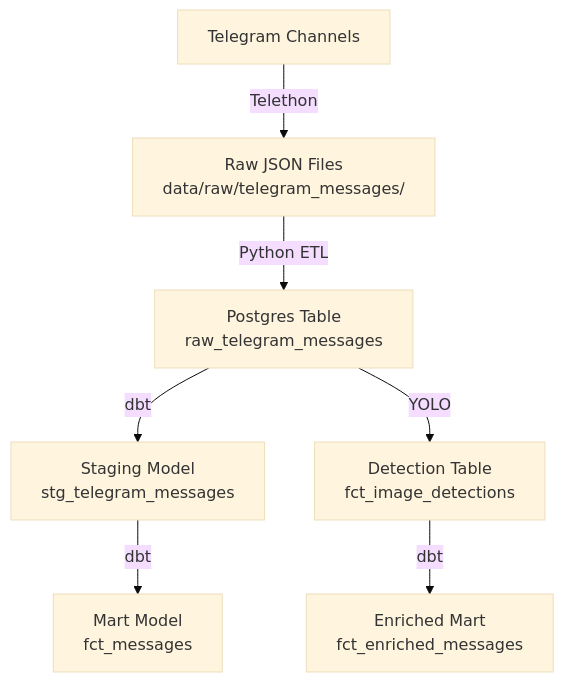
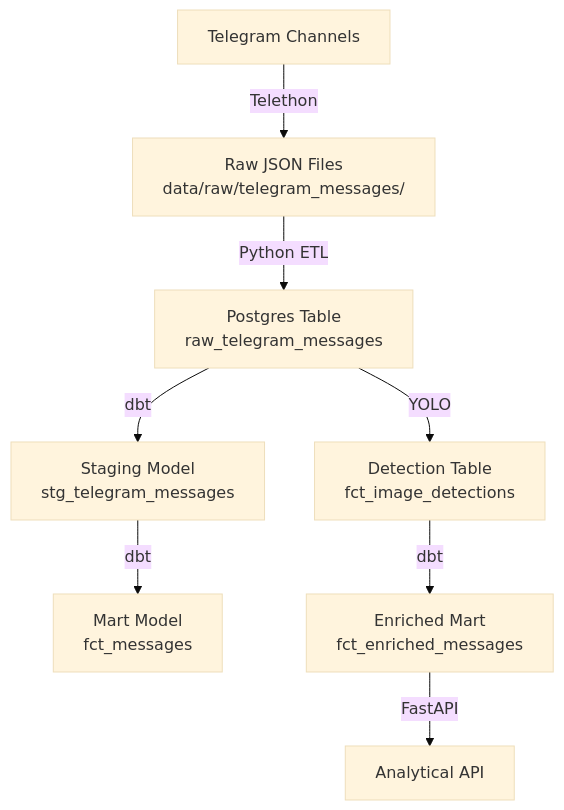
Before and after one commit to bethel4/-ethiomed-insights-pipeline: the diagram in README.md, drawn with Mermaid (base theme). The commit also changed other lines of this file and 5 other files, not shown here.

````diff
--- a/README.md
+++ b/README.md
@@ -51,9 +73,10 @@
 ```mermaid
 flowchart TD
     A[Telegram Channels] -->|Telethon| B[Raw JSON Files\ndata/raw/telegram_messages/]
     B -->|Python ETL| C[Postgres Table\nraw_telegram_messages]
     C -->|dbt| D[Staging Model\nstg_telegram_messages]
     D -->|dbt| E[Mart Model\nfct_messages]
     C -->|YOLO| F[Detection Table\nfct_image_detections]
     F -->|dbt| G[Enriched Mart\nfct_enriched_messages]
+    G -->|FastAPI| H[Analytical API]
 ```
````
